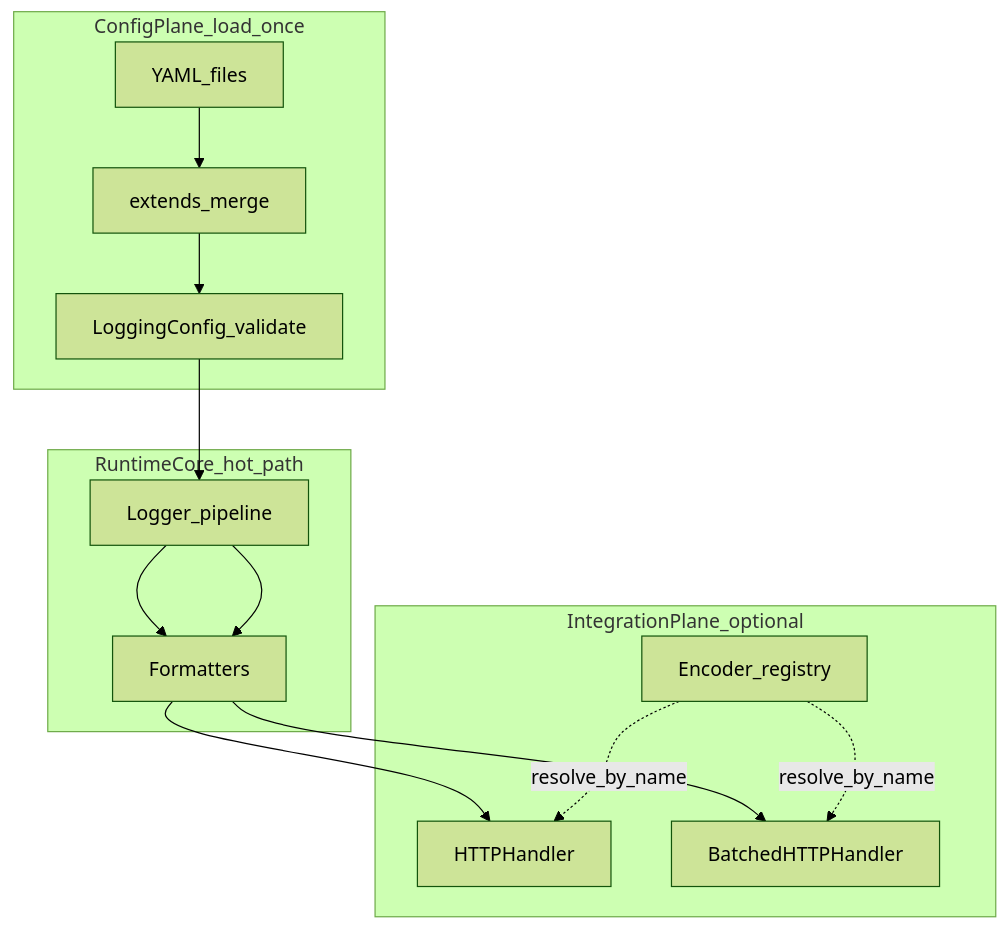
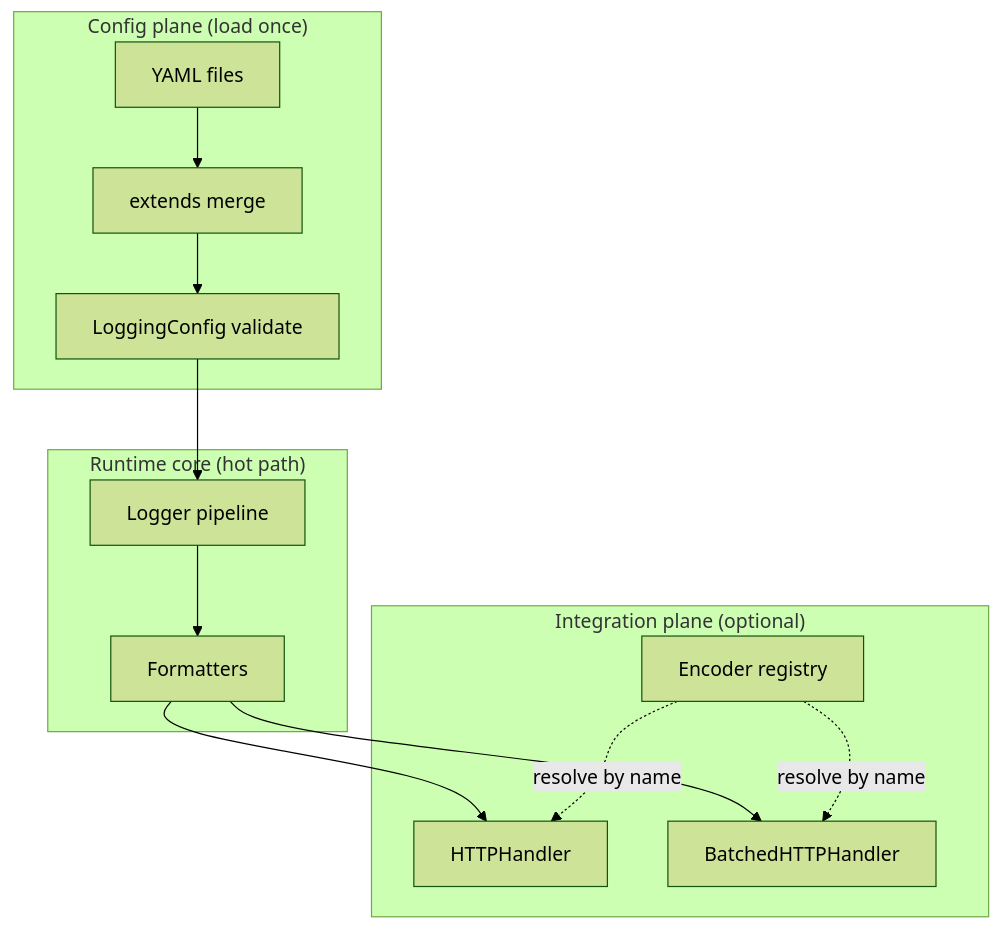
The diagram in docs/plans/config-from-path-enterprise.md (SavinRazvan/hydra-logger), drawn with Mermaid (forest theme) before and after one commit. The commit also changed 101 other files, not shown here.

````diff
--- a/docs/plans/config-from-path-enterprise.md
+++ b/docs/plans/config-from-path-enterprise.md
@@ -21,23 +21,24 @@
 ```mermaid
 flowchart TB
-  subgraph configPlane [ConfigPlane_load_once]
-    yamlFile[YAML_files]
-    merge[extends_merge]
-    pydantic[LoggingConfig_validate]
+  subgraph configPlane ["Config plane (load once)"]
+    yamlFile["YAML files"]
+    merge["extends merge"]
+    pydantic["LoggingConfig validate"]
   end
-  subgraph runtimeCore [RuntimeCore_hot_path]
-    router[Logger_pipeline]
+  subgraph runtimeCore ["Runtime core (hot path)"]
+    router["Logger pipeline"]
     formatters[Formatters]
   end
-  subgraph integrationPlane [IntegrationPlane_optional]
+  subgraph integrationPlane ["Integration plane (optional)"]
     http[HTTPHandler]
     batch[BatchedHTTPHandler]
-    encoders[Encoder_registry]
+    encoders["Encoder registry"]
   end
   yamlFile --> merge --> pydantic
   pydantic --> router
-  router --> formatters --> http
-  router --> formatters --> batch
-  encoders -.->|"resolve_by_name"| http
-  encoders -.->|"resolve_by_name"| batch
+  router --> formatters
+  formatters --> http
+  formatters --> batch
+  encoders -.->|"resolve by name"| http
+  encoders -.->|"resolve by name"| batch
 ```
````
